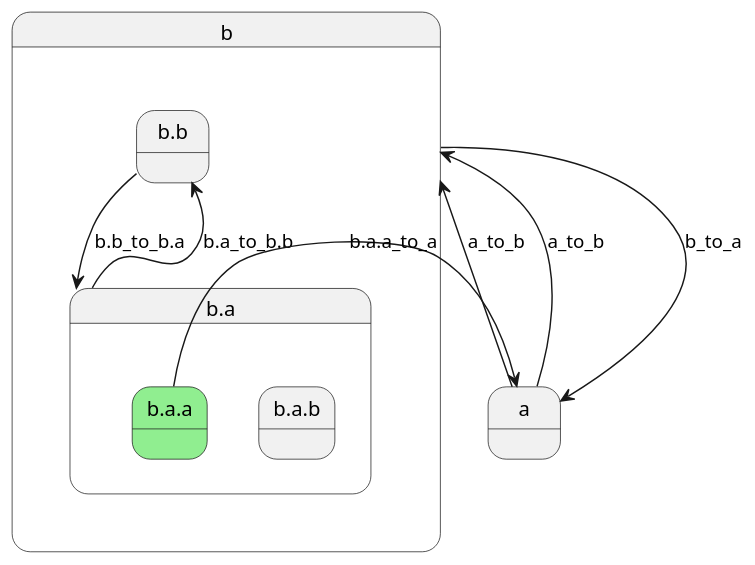
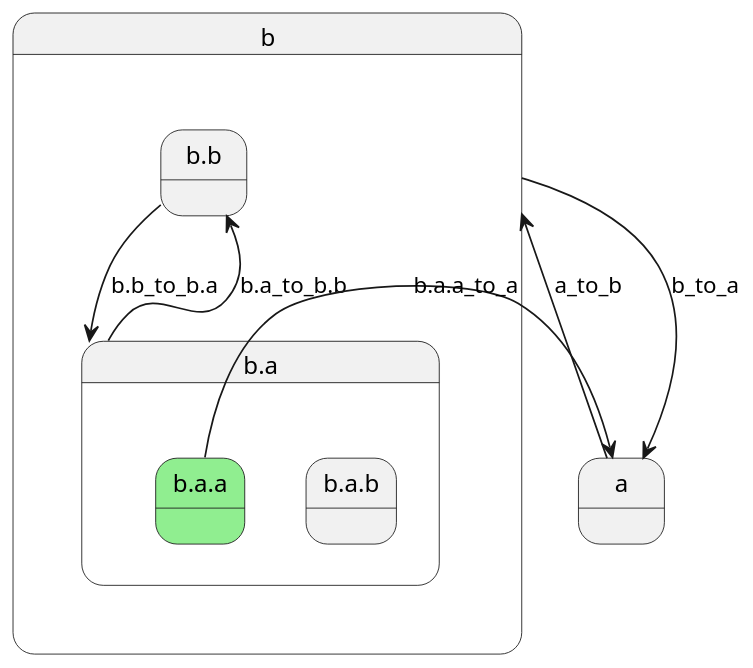
One commit to tekkies/hsm-java-plantuml changed the diagram in test-output/superstate.plantuml. Above: the diagram before and after it, drawn with PlantUML. The commit also changed 1 other file, not shown here.

```diff
--- a/test-output/superstate.plantuml
+++ b/test-output/superstate.plantuml
@@ -1,22 +1,21 @@
 @startuml
 scale 600 width
 state "b" as b  {
     state "b.b" as b.b  {
     }
     state "b.a" as b.a  {
         state "b.a.b" as b.a.b  {
         }
         state "b.a.a" as b.a.a #LightGreen {
         }
     }
 }
 state "a" as a  {
 }
 b.b --> b.a : b.b_to_b.a
 b.a.a --> a : b.a.a_to_a
 b.a --> b.b : b.a_to_b.b
 b --> a : b_to_a
 a --> b : a_to_b
-a --> b : a_to_b
  
 @enduml
```
